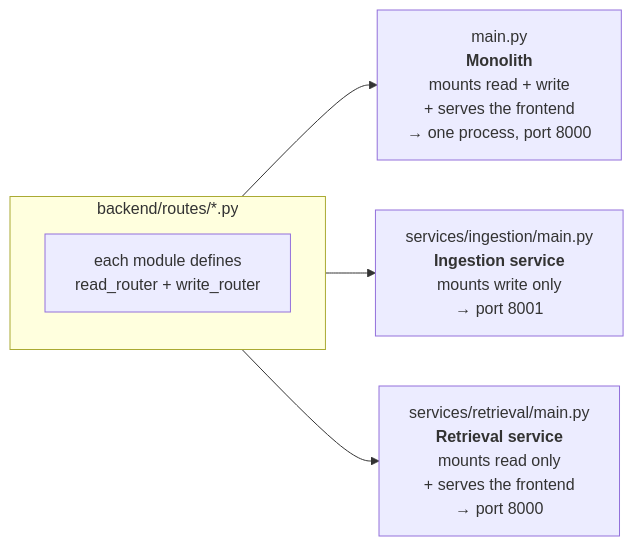
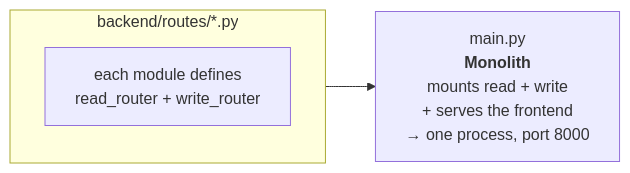
One commit to d-hackmt/ecom-store-gcp changed the second of 6 diagrams in docs/02-architecture.md. Above: the diagram before and after it, drawn with Mermaid. The commit also changed other lines of this file and 21 other files, not shown here.

First line of the commit message:
Remove unused split-service architecture and sync stale docs to reality

````diff
--- a/docs/02-architecture.md
+++ b/docs/02-architecture.md
@@ -54,11 +51,9 @@
 ```mermaid
 flowchart LR
     subgraph shared["backend/routes/*.py"]
         direction TB
         note["each module defines<br/>read_router + write_router"]
     end
 
     shared --> M["main.py<br/><b>Monolith</b><br/>mounts read + write<br/>+ serves the frontend<br/>→ one process, port 8000"]
-    shared --> I["services/ingestion/main.py<br/><b>Ingestion service</b><br/>mounts write only<br/>→ port 8001"]
-    shared --> R["services/retrieval/main.py<br/><b>Retrieval service</b><br/>mounts read only<br/>+ serves the frontend<br/>→ port 8000"]
 ```
````
